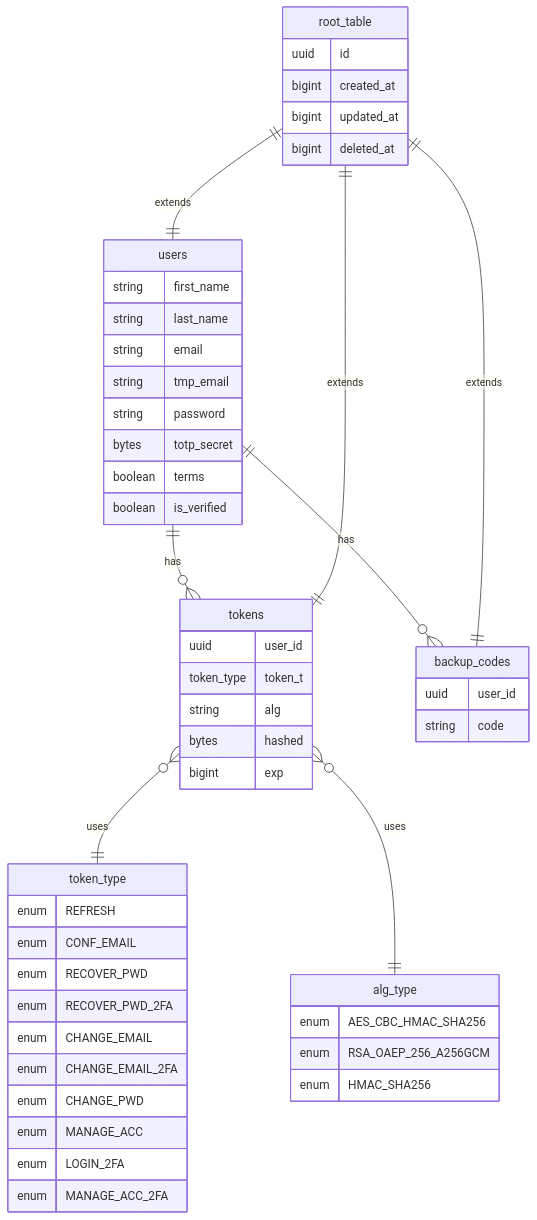
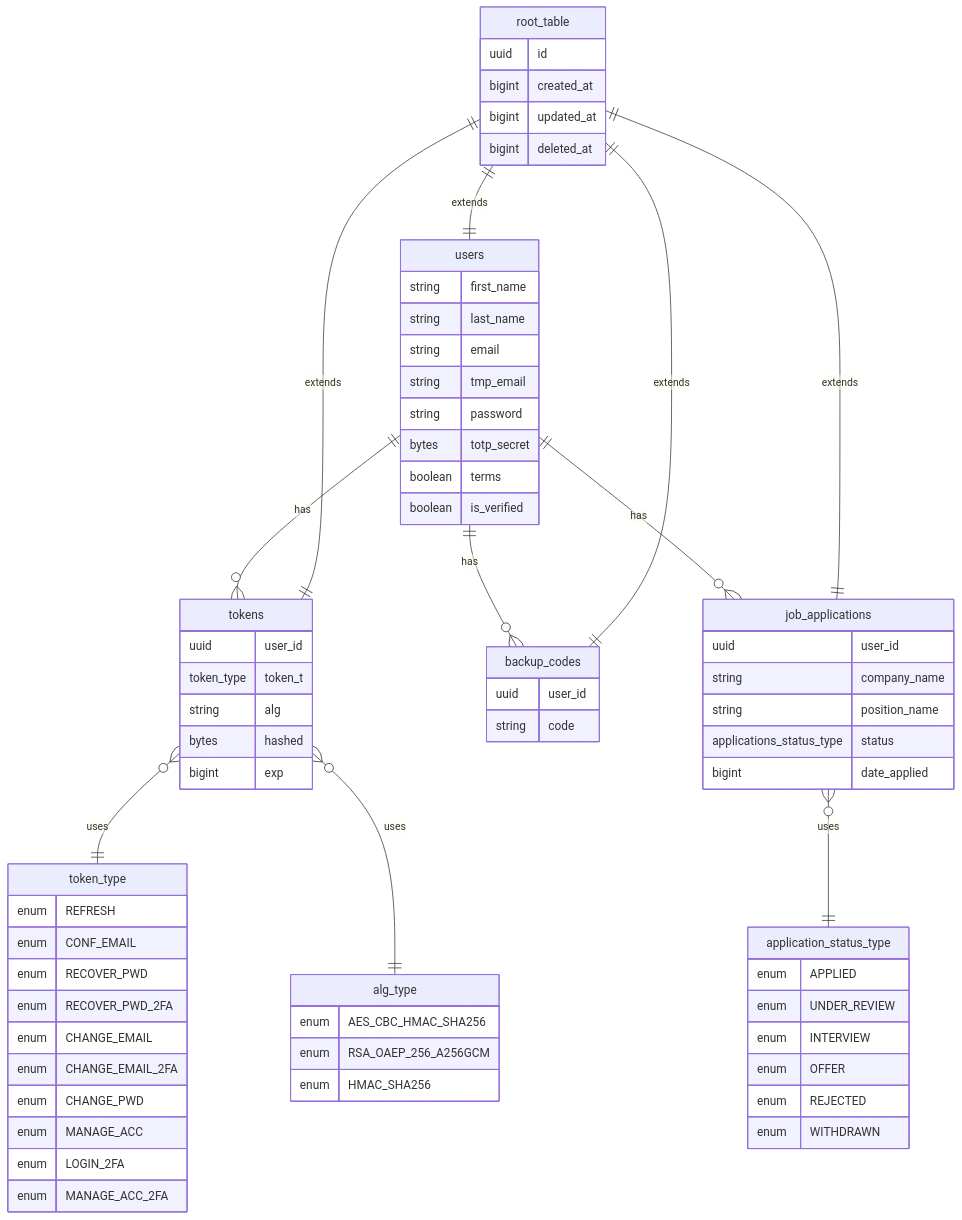
The diagram in README.md (AlexanderMatveev2908/PFN-job-application-tracker), drawn with Mermaid before and after one commit.

Commit message:
🪾 add_job_apppl_endpoint => 📜 update mermaid

````diff
--- a/README.md
+++ b/README.md
@@ -512,60 +512,80 @@
 ```mermaid
 erDiagram
   users ||--o{ tokens : has
   users ||--o{ backup_codes : has
+  users ||--o{ job_applications : has
   tokens }o--|| token_type : uses
   tokens }o--|| alg_type : uses
+  job_applications }o--||application_status_type : uses
   root_table ||--|| users : extends
   root_table ||--|| tokens : extends
   root_table ||--|| backup_codes : extends
+  root_table ||--|| job_applications : extends
 
   root_table {
     uuid id
     bigint created_at
     bigint updated_at
     bigint deleted_at
   }
 
   users {
     string first_name
     string last_name
     string email
     string tmp_email
     string password
     bytes totp_secret
     boolean terms
     boolean is_verified
   }
 
   backup_codes {
     uuid user_id
     string code
   }
 
   tokens {
     uuid user_id
     token_type token_t
     string alg
     bytes hashed
     bigint exp
   }
 
+  job_applications {
+    uuid user_id
+    string company_name
+    string position_name
+    applications_status_type status
+    bigint date_applied
+  }
+
   token_type {
     enum REFRESH
     enum CONF_EMAIL
     enum RECOVER_PWD
     enum RECOVER_PWD_2FA
     enum CHANGE_EMAIL
     enum CHANGE_EMAIL_2FA
     enum CHANGE_PWD
     enum MANAGE_ACC
     enum LOGIN_2FA
     enum MANAGE_ACC_2FA
   }
 
   alg_type {
     enum AES_CBC_HMAC_SHA256
     enum RSA_OAEP_256_A256GCM
     enum HMAC_SHA256
   }
+
+  application_status_type {
+  enum APPLIED
+  enum UNDER_REVIEW
+  enum INTERVIEW
+  enum OFFER
+  enum REJECTED
+  enum WITHDRAWN
+  }
 ```
````
